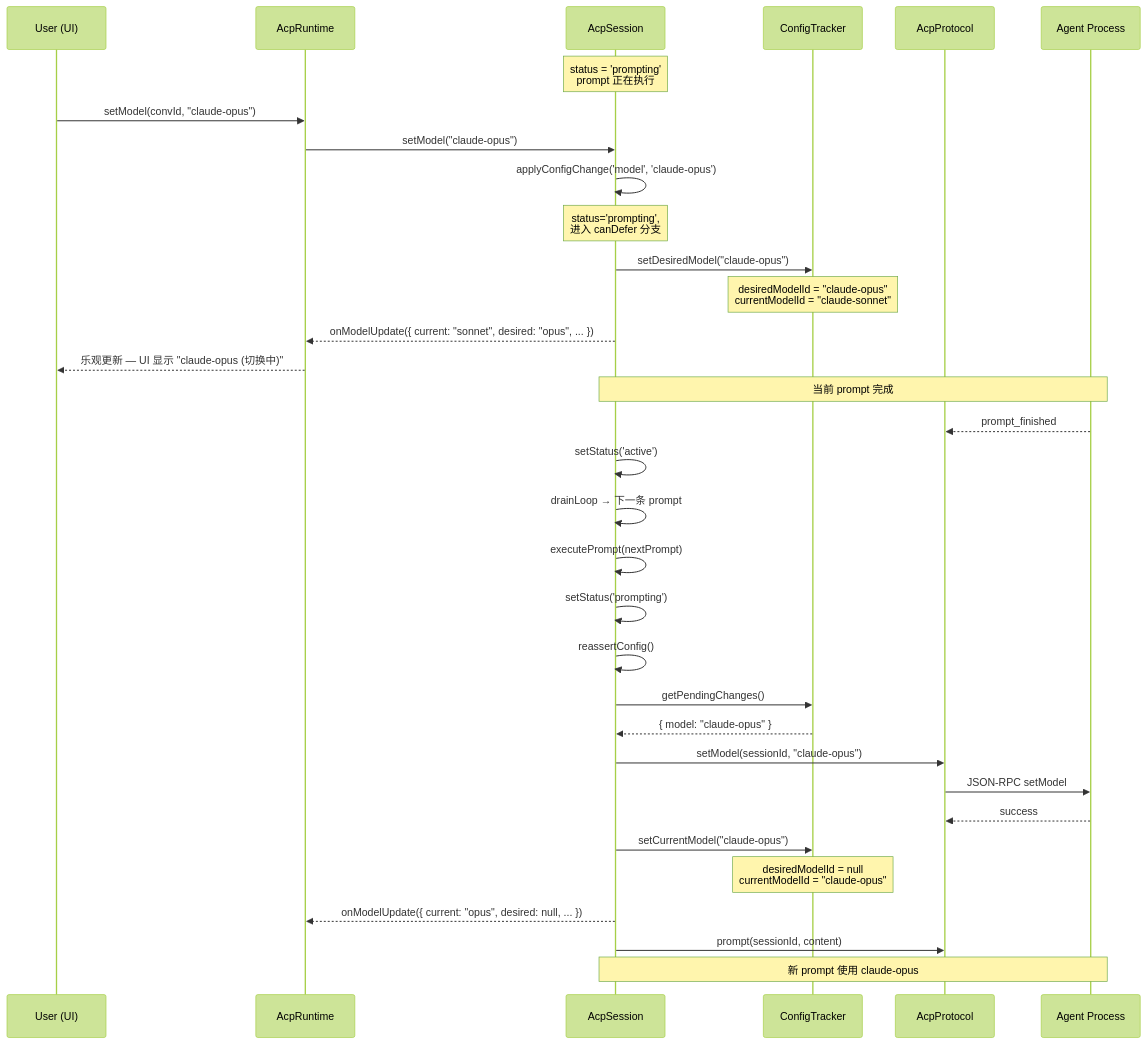
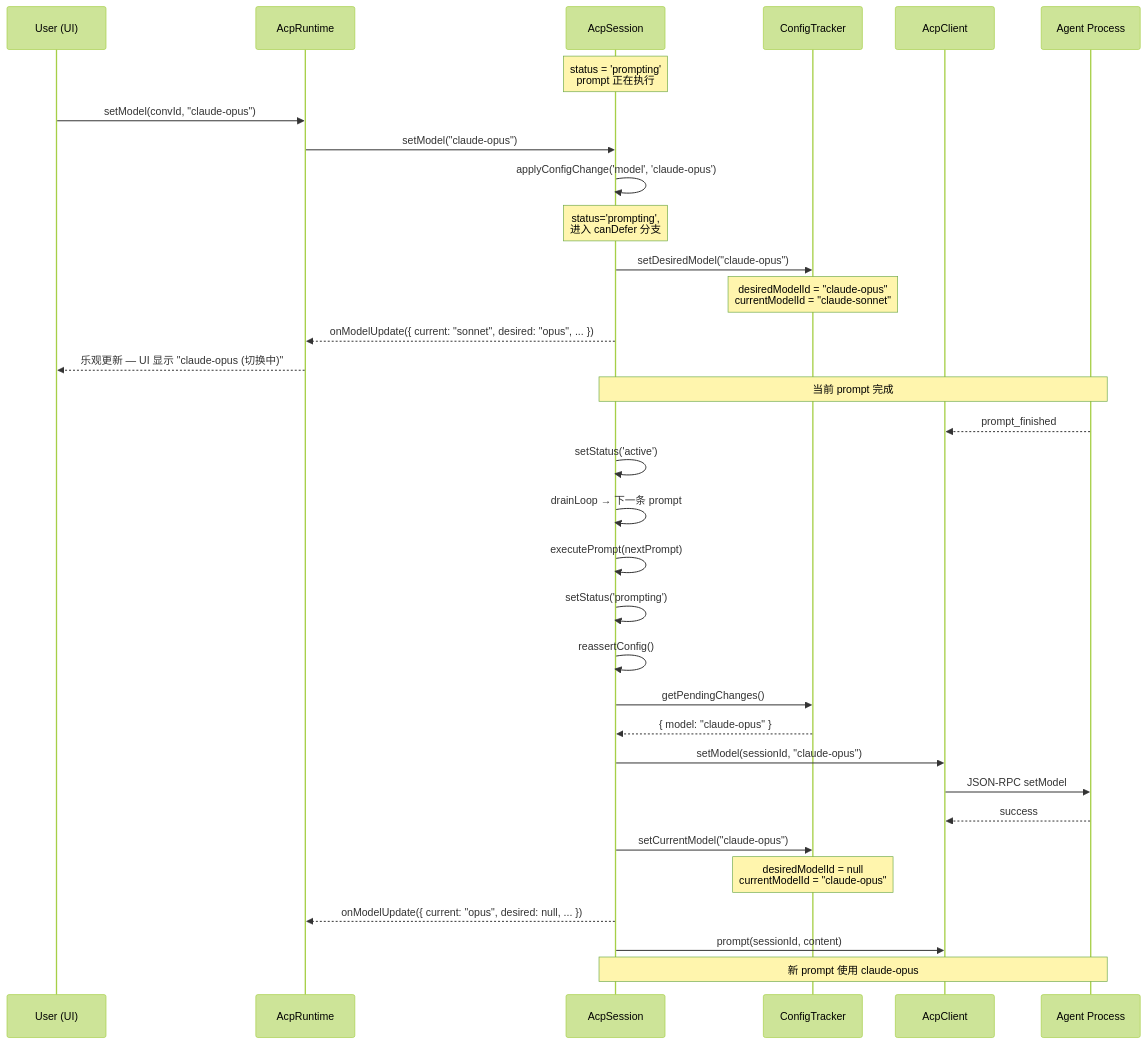
Before and after one commit to iOfficeAI/AionUi: the ninth of 12 diagrams in docs/feature/acp-rewrite/06-scenario-walkthrough.md, drawn with Mermaid (forest theme). The commit also changed other lines of this file and 22 other files, not shown here.

First line of the commit message:
refactor(acp): replace Connector+Protocol with AcpClient single-owner pattern

````diff
--- a/docs/feature/acp-rewrite/06-scenario-walkthrough.md
+++ b/docs/feature/acp-rewrite/06-scenario-walkthrough.md
@@ -776,42 +762,42 @@
 ```mermaid
 sequenceDiagram
     participant UI as User (UI)
     participant RT as AcpRuntime
     participant S as AcpSession
     participant CS as ConfigTracker
-    participant P as AcpProtocol
+    participant CL as AcpClient
     participant A as Agent Process
 
     Note over S: status = 'prompting'<br/>prompt 正在执行
 
     UI->>RT: setModel(convId, "claude-opus")
     RT->>S: setModel("claude-opus")
     S->>S: applyConfigChange('model', 'claude-opus')
     Note over S: status='prompting',<br/>进入 canDefer 分支
 
     S->>CS: setDesiredModel("claude-opus")
     Note over CS: desiredModelId = "claude-opus"<br/>currentModelId = "claude-sonnet"
     S-->>RT: onModelUpdate({ current: "sonnet", desired: "opus", ... })
     RT-->>UI: 乐观更新 — UI 显示 "claude-opus (切换中)"
 
     Note over S,A: 当前 prompt 完成
 
-    A-->>P: prompt_finished
+    A-->>CL: prompt_finished
     S->>S: setStatus('active')
     S->>S: drainLoop → 下一条 prompt
 
     S->>S: executePrompt(nextPrompt)
     S->>S: setStatus('prompting')
     S->>S: reassertConfig()
     S->>CS: getPendingChanges()
     CS-->>S: { model: "claude-opus" }
-    S->>P: setModel(sessionId, "claude-opus")
-    P->>A: JSON-RPC setModel
-    A-->>P: success
+    S->>CL: setModel(sessionId, "claude-opus")
+    CL->>A: JSON-RPC setModel
+    A-->>CL: success
     S->>CS: setCurrentModel("claude-opus")
     Note over CS: desiredModelId = null<br/>currentModelId = "claude-opus"
     S-->>RT: onModelUpdate({ current: "opus", desired: null, ... })
 
-    S->>P: prompt(sessionId, content)
+    S->>CL: prompt(sessionId, content)
     Note over S,A: 新 prompt 使用 claude-opus
 ```
````
